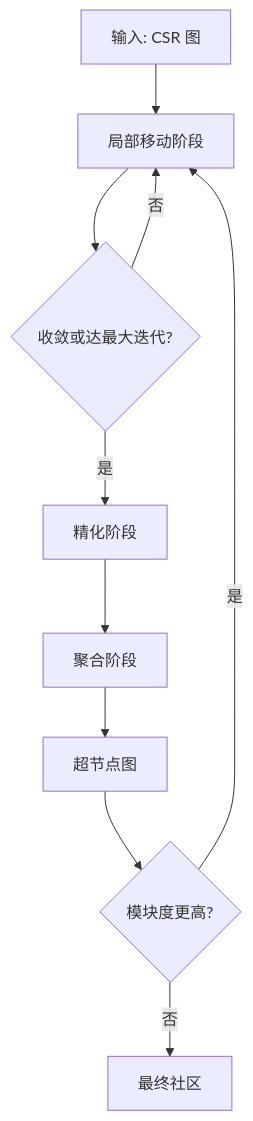
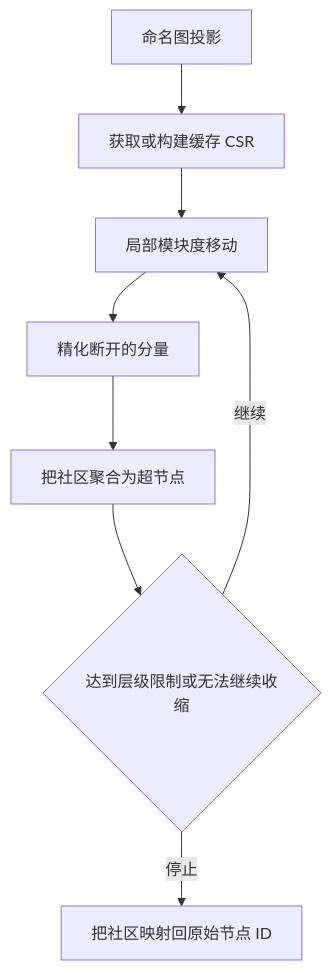
The diagram in docs/apps/docs/content/docs/zh/zyx/algorithms/community-detection.mdx (nexepic/zyx), drawn with Mermaid before and after one commit. The commit also changed other lines of this file and 49 other files, not shown here.

First line of the commit message:
Expand graph ingestion and analytics APIs

````diff
--- a/docs/apps/docs/content/docs/zh/zyx/algorithms/community-detection.mdx
+++ b/docs/apps/docs/content/docs/zh/zyx/algorithms/community-detection.mdx
@@ -59,12 +74,10 @@
 ```mermaid
 flowchart TD
-    A[输入: CSR 图] --> B[局部移动阶段]
-    B --> C{收敛或达最大迭代?}
-    C -->|否| B
-    C -->|是| D[精化阶段]
-    D --> E[聚合阶段]
-    E --> F[超节点图]
-    F --> G{模块度更高?}
-    G -->|是| B
-    G -->|否| H[最终社区]
+    A[命名图投影] --> B[获取或构建缓存 CSR]
+    B --> C[局部模块度移动]
+    C --> D[精化断开的分量]
+    D --> E[把社区聚合为超节点]
+    E --> F{达到层级限制或无法继续收缩}
+    F -->|继续| C
+    F -->|停止| G[把社区映射回原始节点 ID]
 ```
````
